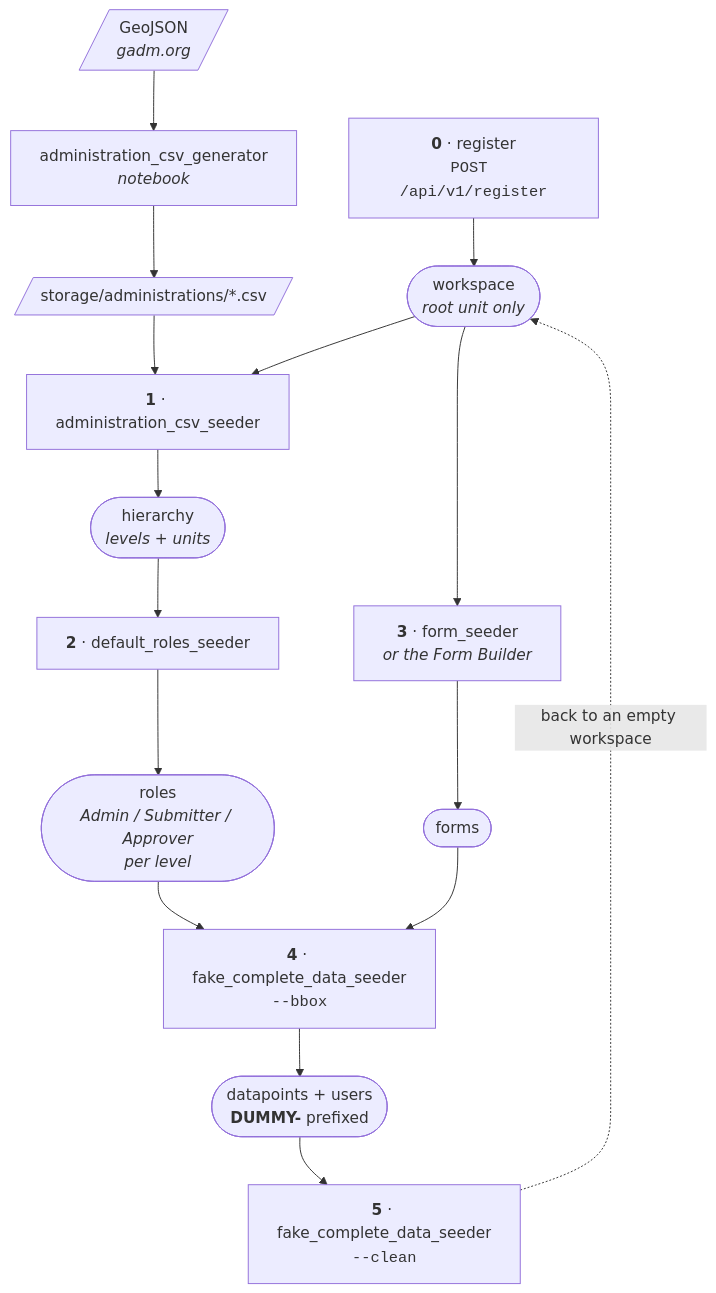
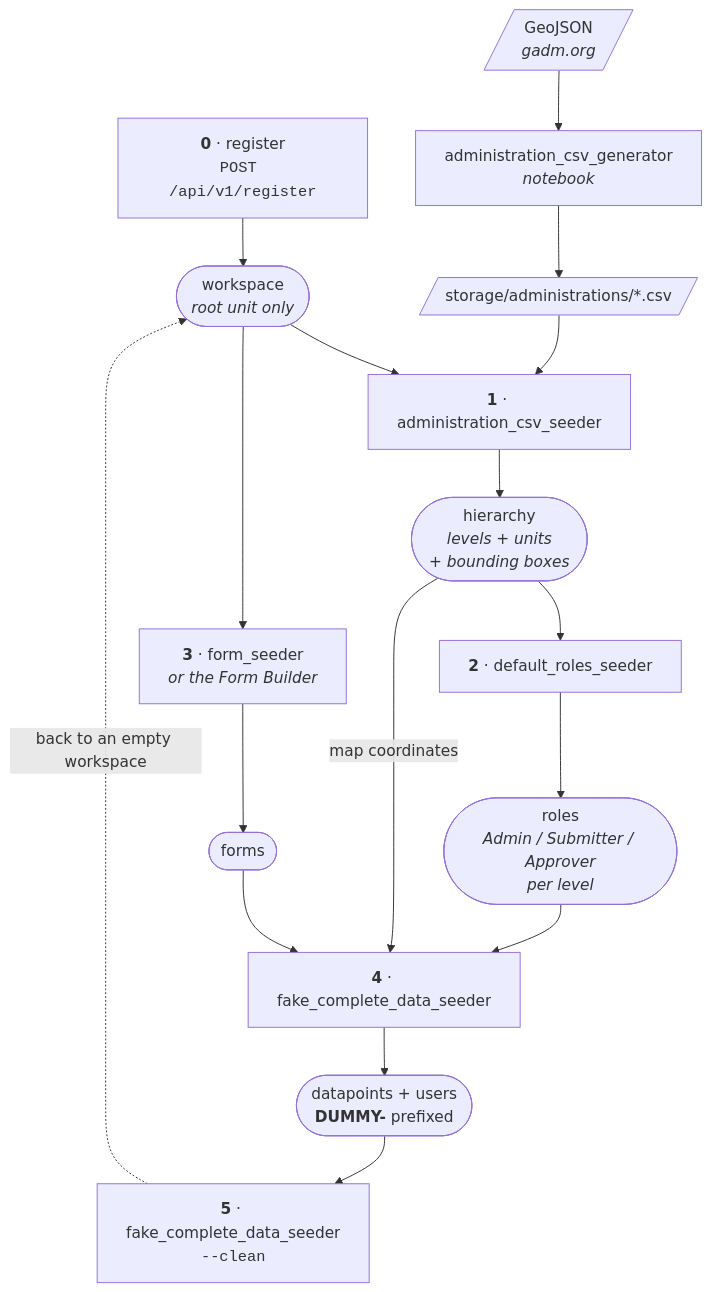
Before and after one commit to akvo/akvo-mis: the diagram in README.md, drawn with Mermaid. The commit also changed other lines of this file and 14 other files, not shown here.

````diff
--- a/README.md
+++ b/README.md
@@ -394,34 +394,35 @@
 ```mermaid
 flowchart TD
     register["<b>0</b> · register<br/><code>POST /api/v1/register</code>"]
     workspace(["workspace<br/><i>root unit only</i>"])
 
     geojson[/"GeoJSON<br/><i>gadm.org</i>"/]
     notebook["administration_csv_generator<br/><i>notebook</i>"]
     csv[/"storage/administrations/*.csv"/]
     admseeder["<b>1</b> · administration_csv_seeder"]
-    hierarchy(["hierarchy<br/><i>levels + units</i>"])
+    hierarchy(["hierarchy<br/><i>levels + units<br/>+ bounding boxes</i>"])
 
     roleseeder["<b>2</b> · default_roles_seeder"]
     roles(["roles<br/><i>Admin / Submitter / Approver<br/>per level</i>"])
 
     formseeder["<b>3</b> · form_seeder<br/><i>or the Form Builder</i>"]
     forms(["forms"])
 
-    dataseeder["<b>4</b> · fake_complete_data_seeder<br/><code>--bbox</code>"]
+    dataseeder["<b>4</b> · fake_complete_data_seeder"]
     data(["datapoints + users<br/><b>DUMMY-</b> prefixed"])
 
     clean["<b>5</b> · fake_complete_data_seeder<br/><code>--clean</code>"]
 
     register --> workspace
     geojson --> notebook --> csv --> admseeder
     workspace --> admseeder --> hierarchy
     hierarchy --> roleseeder --> roles
     workspace --> formseeder --> forms
 
     roles --> dataseeder
     forms --> dataseeder
+    hierarchy -- "map coordinates" --> dataseeder
     dataseeder --> data
     data --> clean
     clean -. "back to an empty workspace" .-> workspace
 ```
````
